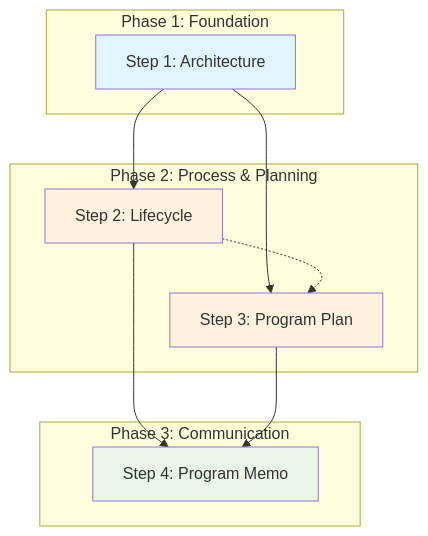
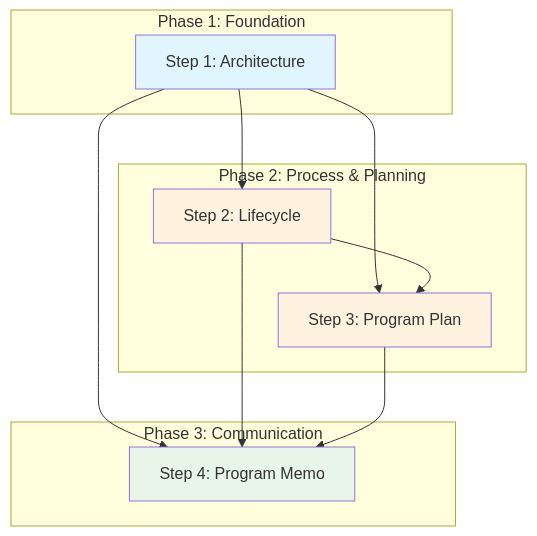
One commit to BlockScience/assurances-audits-accountability changed the diagram in 00_vertices/runbook-program-development.md. Above: the diagram before and after it, drawn with Mermaid. The commit also changed other lines of this file, not shown here.

````diff
--- a/00_vertices/runbook-program-development.md
+++ b/00_vertices/runbook-program-development.md
@@ -123,26 +122,27 @@
 ```mermaid
 flowchart TB
     subgraph Phase1[Phase 1: Foundation]
         S1[Step 1: Architecture]
     end
 
     subgraph Phase2[Phase 2: Process & Planning]
         S2[Step 2: Lifecycle]
         S3[Step 3: Program Plan]
     end
 
     subgraph Phase3[Phase 3: Communication]
         S4[Step 4: Program Memo]
     end
 
     S1 --> S2
     S1 --> S3
-    S2 -.-> S3
+    S2 --> S3
+    S1 --> S4
     S2 --> S4
     S3 --> S4
 
     style S1 fill:#e1f5fe
     style S2 fill:#fff3e0
     style S3 fill:#fff3e0
     style S4 fill:#e8f5e9
 ```
````
